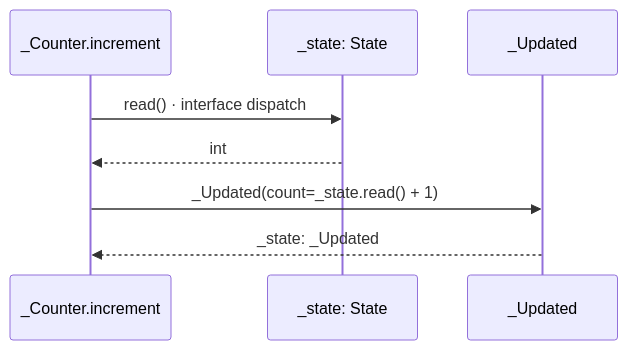
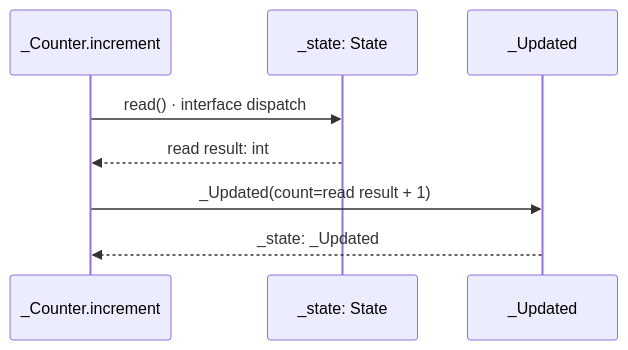
One commit to GreenPandaStudios/augscript changed the second of 3 diagrams in docs/examples/approved-design/counters-diagrams.md. Above: the diagram before and after it, drawn with Mermaid. The commit also changed other lines of this file and 304 other files, not shown here.

Commit message:
Make generated data-flow sequences concise and review every diagram

````diff
--- a/docs/examples/approved-design/counters-diagrams.md
+++ b/docs/examples/approved-design/counters-diagrams.md
@@ -123,10 +107,10 @@
 ```mermaid
 sequenceDiagram
     participant p0 as _Counter.increment
     participant p1 as _state: State
     participant p2 as _Updated
     p0->>p1: read() · interface dispatch
-    p1-->>p0: int
-    p0->>p2: _Updated(count=_state.read() + 1)
+    p1-->>p0: read result: int
+    p0->>p2: _Updated(count=read result + 1)
     p2-->>p0: _state: _Updated
 ```
````
